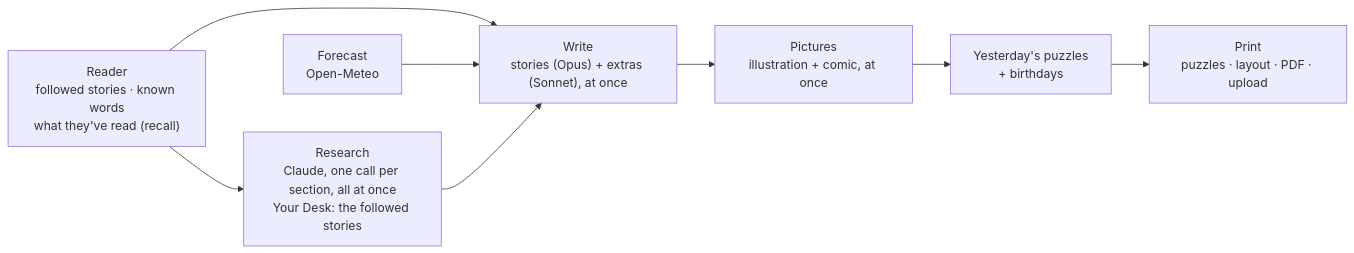
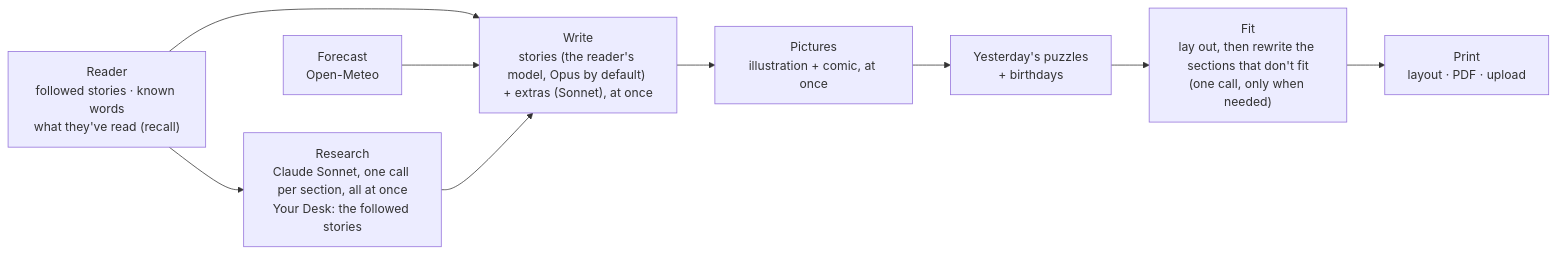
One commit to chieri518/daily-print changed the second of 3 diagrams in docs/ARCHITECTURE.md. Above: the diagram before and after it, drawn with Mermaid. The commit also changed other lines of this file and 18 other files, not shown here.

````diff
--- a/docs/ARCHITECTURE.md
+++ b/docs/ARCHITECTURE.md
@@ -63,9 +63,10 @@
 ```mermaid
 flowchart LR
   R["Reader<br/>followed stories · known words<br/>what they've read (recall)"] --> B & C
   A["Forecast<br/>Open-Meteo"] --> C
-  B["Research<br/>Claude, one call per section, all at once<br/>Your Desk: the followed stories"] --> C["Write<br/>stories (Opus) + extras (Sonnet), at once"]
+  B["Research<br/>Claude Sonnet, one call per section, all at once<br/>Your Desk: the followed stories"] --> C["Write<br/>stories (the reader's model, Opus by default) + extras (Sonnet), at once"]
   C --> D["Pictures<br/>illustration + comic, at once"]
   D --> E["Yesterday's puzzles<br/>+ birthdays"]
-  E --> F["Print<br/>puzzles · layout · PDF · upload"]
+  E --> G["Fit<br/>lay out, then rewrite the sections that don't fit<br/>(one call, only when needed)"]
+  G --> F["Print<br/>layout · PDF · upload"]
 ```
````
